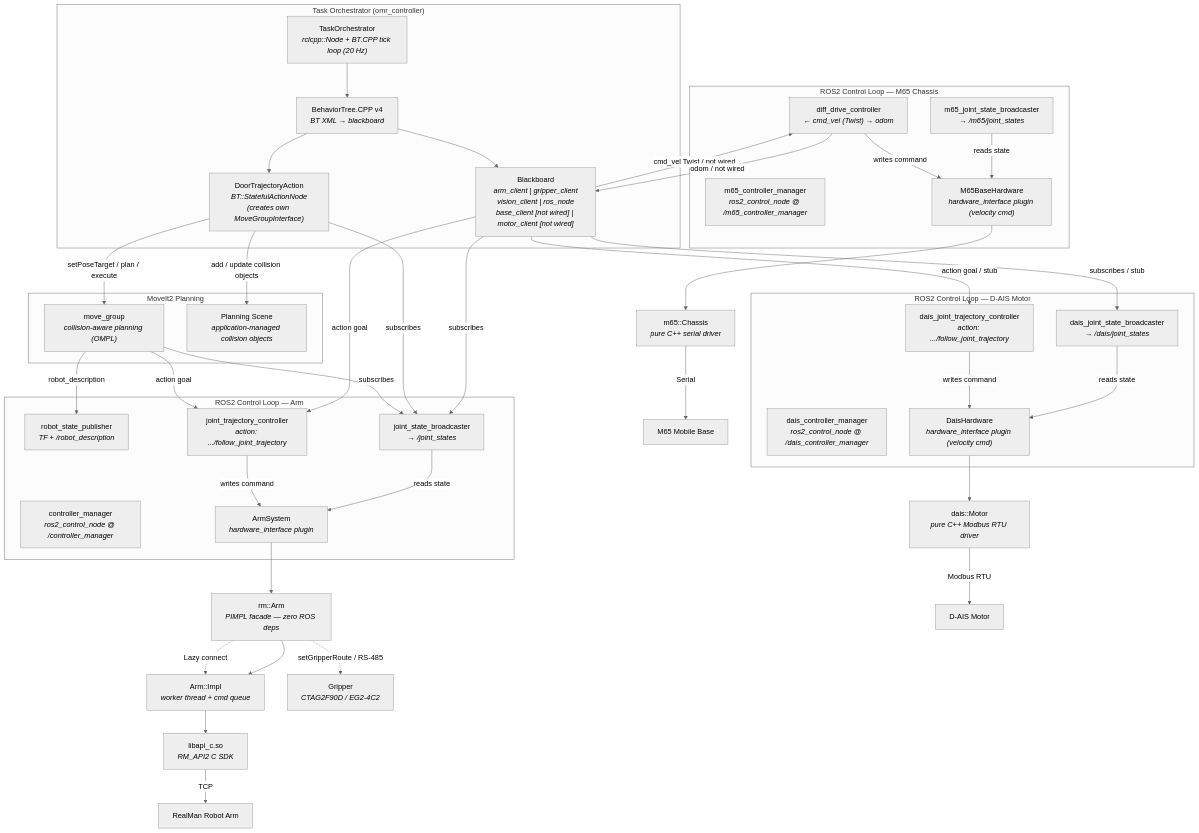
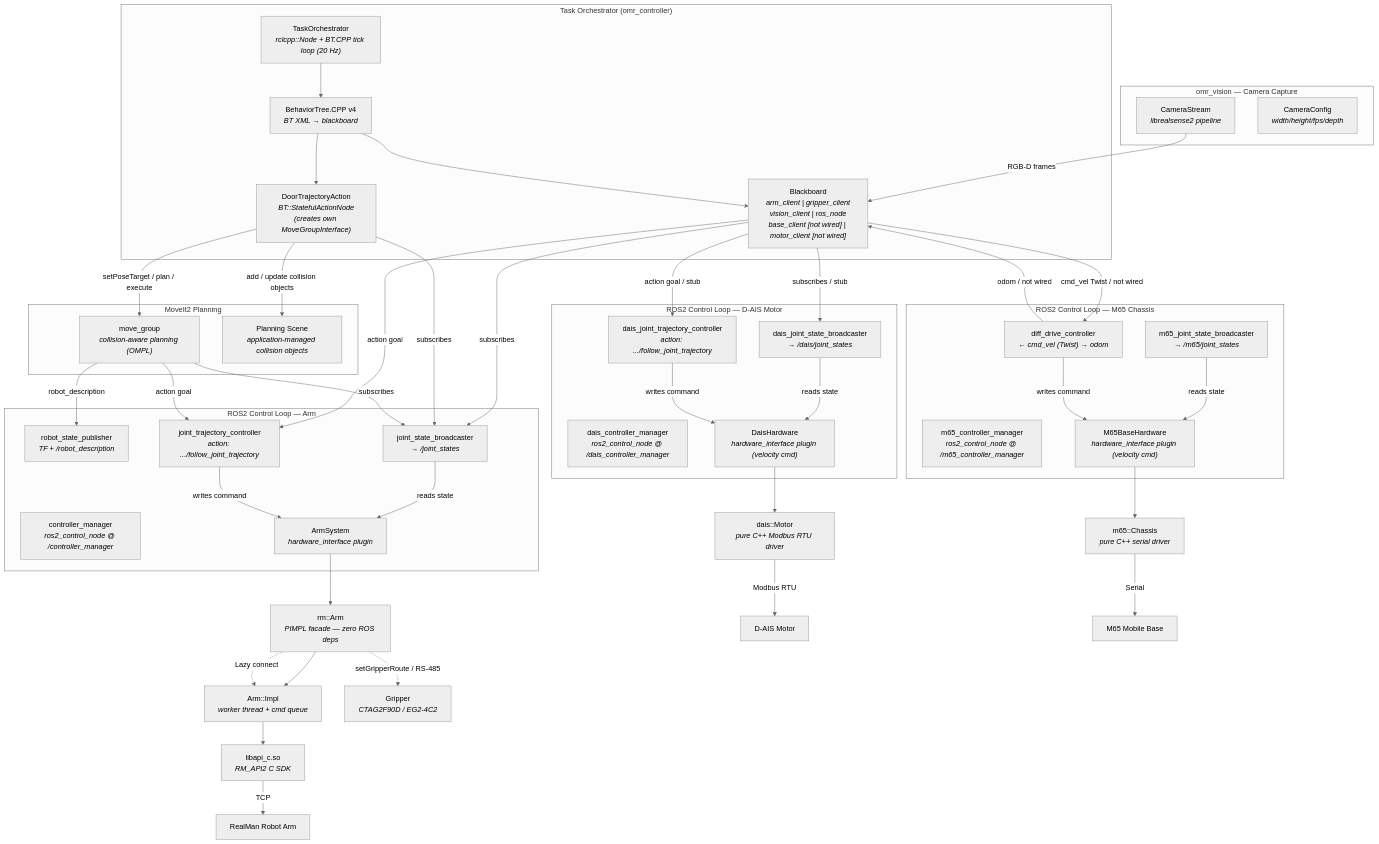
Before and after one commit to sunyuming53-byte/the_first_box: the first of 4 diagrams in README.md, drawn with Mermaid (neutral theme). The commit also changed other lines of this file, not shown here.

Commit message:
docs: add omr_vision CameraStream to architecture diagram

```diff
--- a/README.md
+++ b/README.md
@@ -167,6 +167,13 @@
 
     Arm -.->|Lazy connect| Impl
     Arm -.->|setGripperRoute / RS-485| GripHw["Gripper<br/><i>CTAG2F90D / EG2-4C2</i>"]
+
+    %% Camera
+    subgraph Vision["omr_vision — Camera Capture"]
+        CamStream["CameraStream<br/><i>librealsense2 pipeline</i>"]
+        CamCfg["CameraConfig<br/><i>width/height/fps/depth</i>"]
+    end
+    CamStream -->|RGB-D frames| BB
 
     %% D-AIS Motor subsystem
     subgraph DaisROS2["ROS2 Control Loop — D-AIS Motor"]
```
